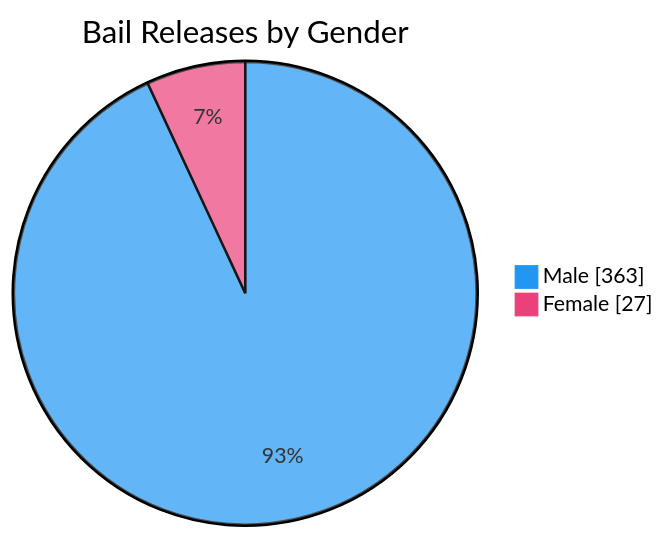
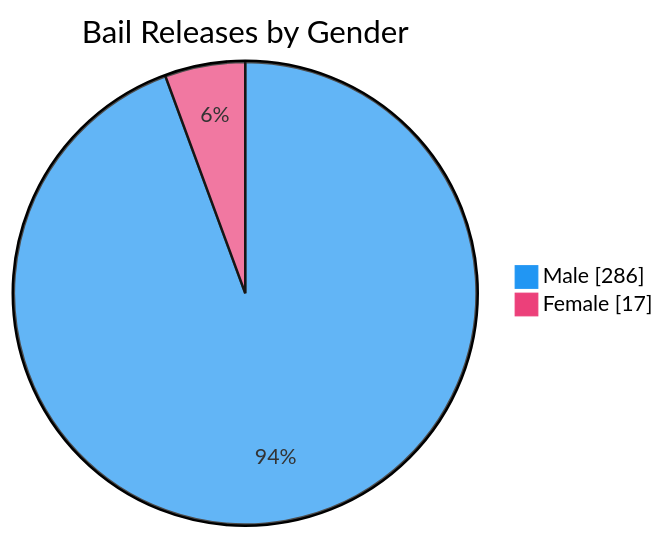
The seventh of 7 diagrams in README.md (nuuuwan/lk_prisons), drawn with Mermaid before and after one commit. The commit also changed other lines of this file and 1 other file, not shown here.

````diff
--- a/README.md
+++ b/README.md
@@ -109,6 +109,6 @@
 ```mermaid
 %%{init: {'themeVariables': {'pie1': '#2196F3', 'pie2': '#EC407A'}}}%%
 pie showData title Bail Releases by Gender
-    "Male" : 363
-    "Female" : 27
+    "Male" : 286
+    "Female" : 17
 ```
````
